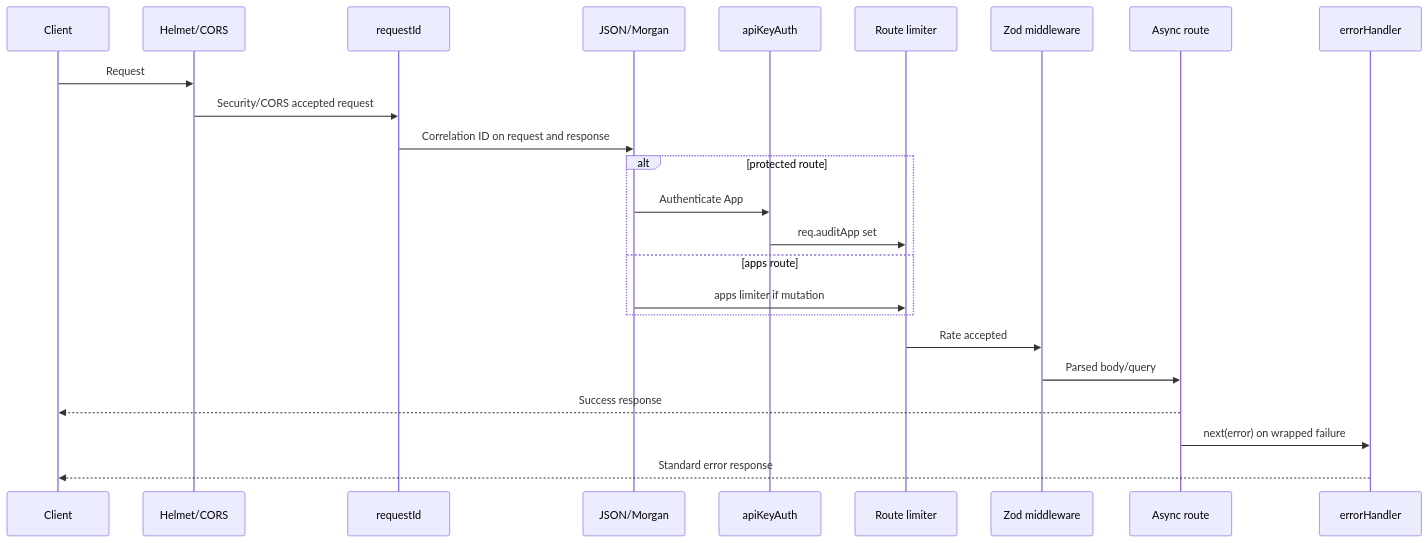
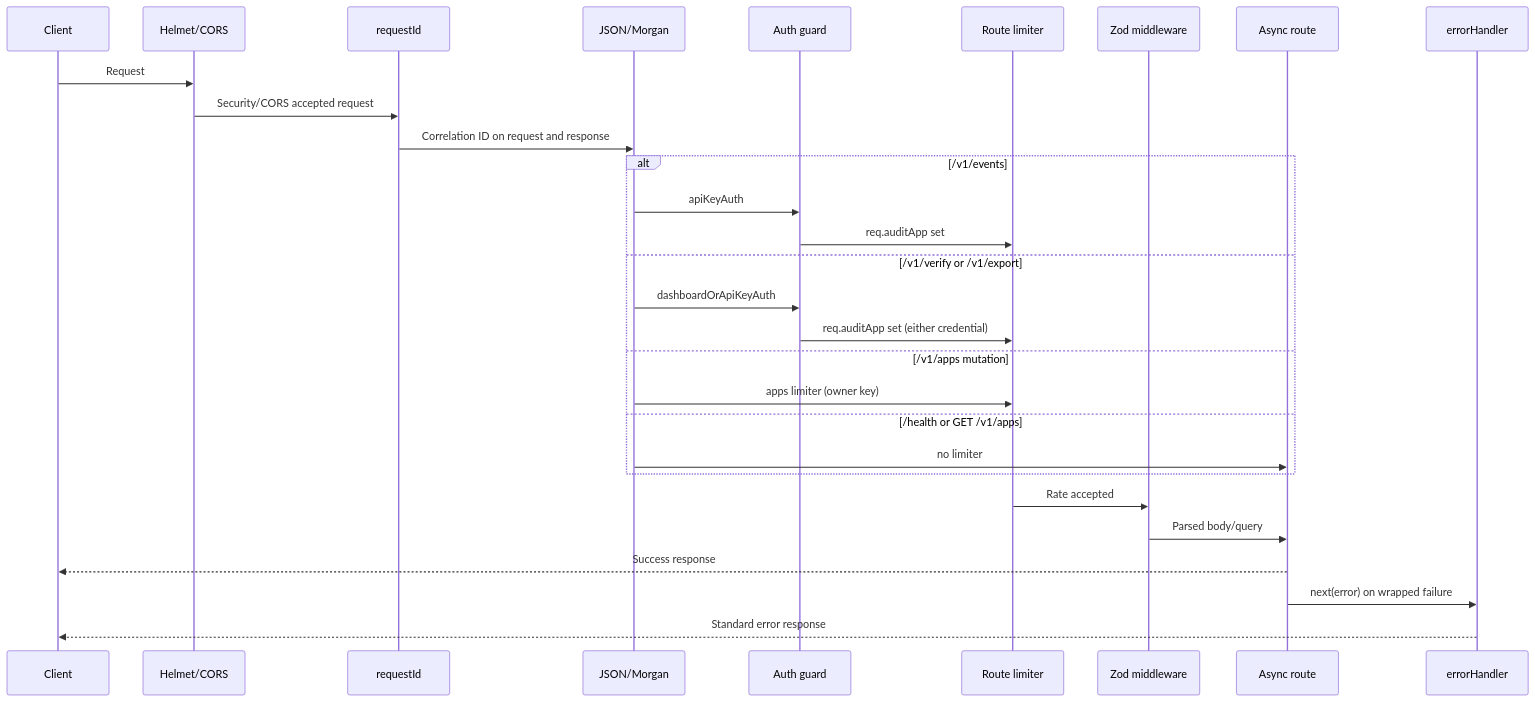
The second of 2 diagrams in MIDDLEWARE.md (vinayak-88/AuditLog-Service), drawn with Mermaid before and after one commit. The commit also changed other lines of this file and 5 other files, not shown here.

```diff
--- a/MIDDLEWARE.md
+++ b/MIDDLEWARE.md
@@ -209,27 +205,32 @@
 ~~~mermaid
 sequenceDiagram
   participant C as Client
   participant H as Helmet/CORS
   participant I as requestId
   participant J as JSON/Morgan
-  participant A as apiKeyAuth
+  participant A as Auth guard
   participant L as Route limiter
   participant V as Zod middleware
   participant R as Async route
   participant E as errorHandler
 
   C->>H: Request
   H->>I: Security/CORS accepted request
   I->>J: Correlation ID on request and response
-  alt protected route
-    J->>A: Authenticate App
+  alt /v1/events
+    J->>A: apiKeyAuth
     A->>L: req.auditApp set
-  else apps route
-    J->>L: apps limiter if mutation
+  else /v1/verify or /v1/export
+    J->>A: dashboardOrApiKeyAuth
+    A->>L: req.auditApp set (either credential)
+  else /v1/apps mutation
+    J->>L: apps limiter (owner key)
+  else /health or GET /v1/apps
+    J->>R: no limiter
   end
   L->>V: Rate accepted
   V->>R: Parsed body/query
   R-->>C: Success response
   R->>E: next(error) on wrapped failure
   E-->>C: Standard error response
 ~~~
```
